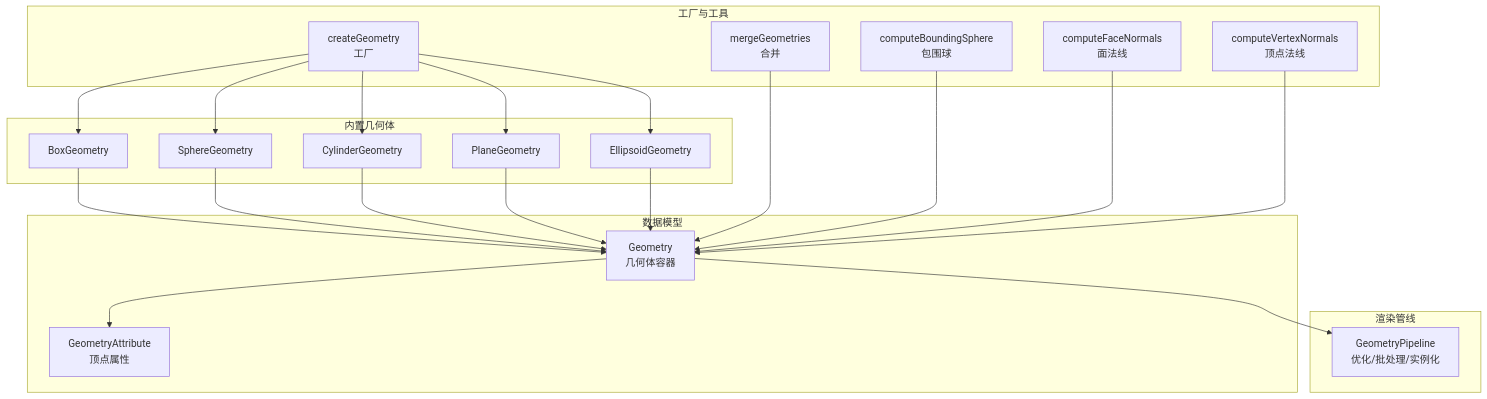
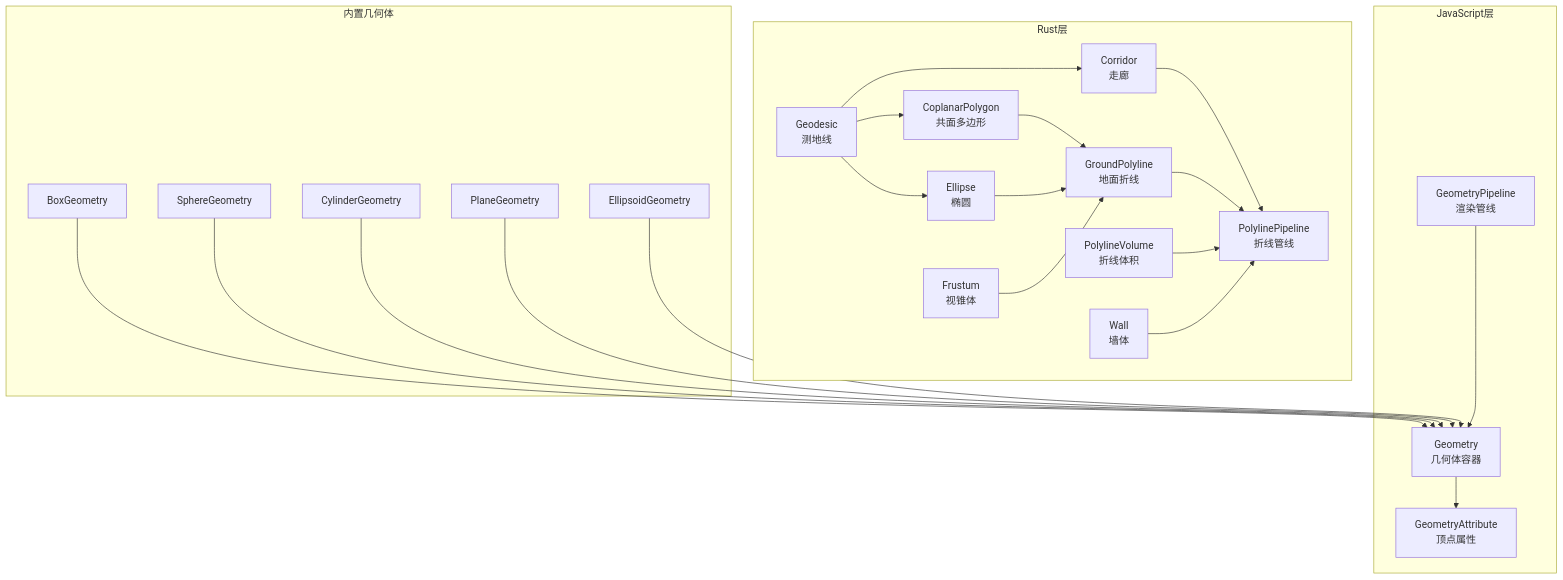
The first of 6 diagrams in .qoder/repowiki/zh/content/项目概述/核心特性/实体与几何体系统/几何体处理.md (rzhangjing/cesium), drawn with Mermaid before and after one commit. The commit also changed other lines of this file and 30 other files, not shown here.

````diff
--- a/.qoder/repowiki/zh/content/项目概述/核心特性/实体与几何体系统/几何体处理.md
+++ b/.qoder/repowiki/zh/content/项目概述/核心特性/实体与几何体系统/几何体处理.md
@@ -46,40 +68,43 @@
 ```mermaid
 graph TB
-subgraph "数据模型"
+subgraph "JavaScript层"
 G["Geometry<br/>几何体容器"]
 GA["GeometryAttribute<br/>顶点属性"]
+GP["GeometryPipeline<br/>渲染管线"]
+end
+subgraph "Rust层"
+CP["CoplanarPolygon<br/>共面多边形"]
+CR["Corridor<br/>走廊"]
+EL["Ellipse<br/>椭圆"]
+FR["Frustum<br/>视锥体"]
+GP2["GroundPolyline<br/>地面折线"]
+PV["PolylineVolume<br/>折线体积"]
+WL["Wall<br/>墙体"]
+GD["Geodesic<br/>测地线"]
+PP["PolylinePipeline<br/>折线管线"]
 end
 subgraph "内置几何体"
 B["BoxGeometry"]
 S["SphereGeometry"]
 C["CylinderGeometry"]
 P["PlaneGeometry"]
 E["EllipsoidGeometry"]
 end
-subgraph "工厂与工具"
-CF["createGeometry<br/>工厂"]
-MG["mergeGeometries<br/>合并"]
-CBS["computeBoundingSphere<br/>包围球"]
-CFN["computeFaceNormals<br/>面法线"]
-CVN["computeVertexNormals<br/>顶点法线"]
-end
-subgraph "渲染管线"
-GP["GeometryPipeline<br/>优化/批处理/实例化"]
-end
 G --> GA
 B --> G
 S --> G
 C --> G
 P --> G
 E --> G
-CF --> B
-CF --> S
-CF --> C
-CF --> P
-CF --> E
-MG --> G
-CBS --> G
-CFN --> G
-CVN --> G
-G --> GP
+GP --> G
+CP --> GP2
+CR --> PP
+EL --> GP2
+FR --> GP2
+GP2 --> PP
+PV --> PP
+WL --> PP
+GD --> CP
+GD --> CR
+GD --> EL
 ```
````
